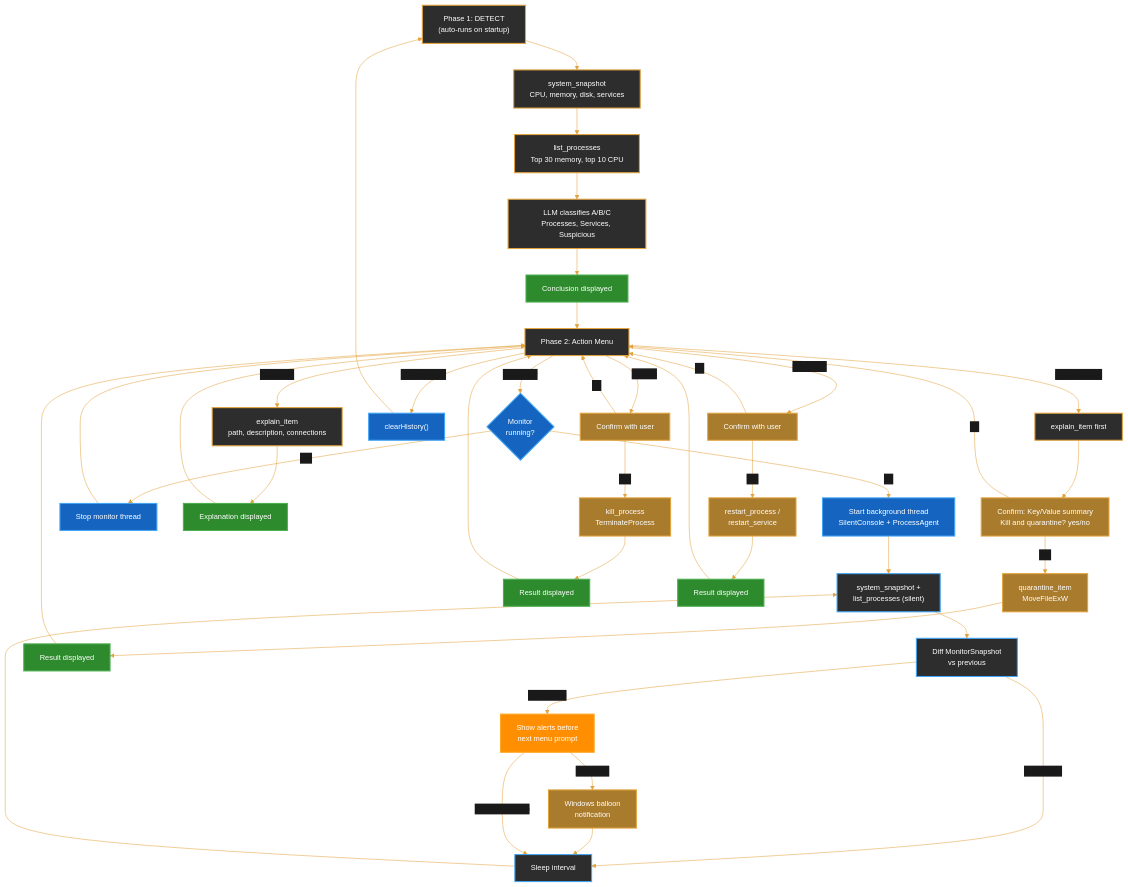
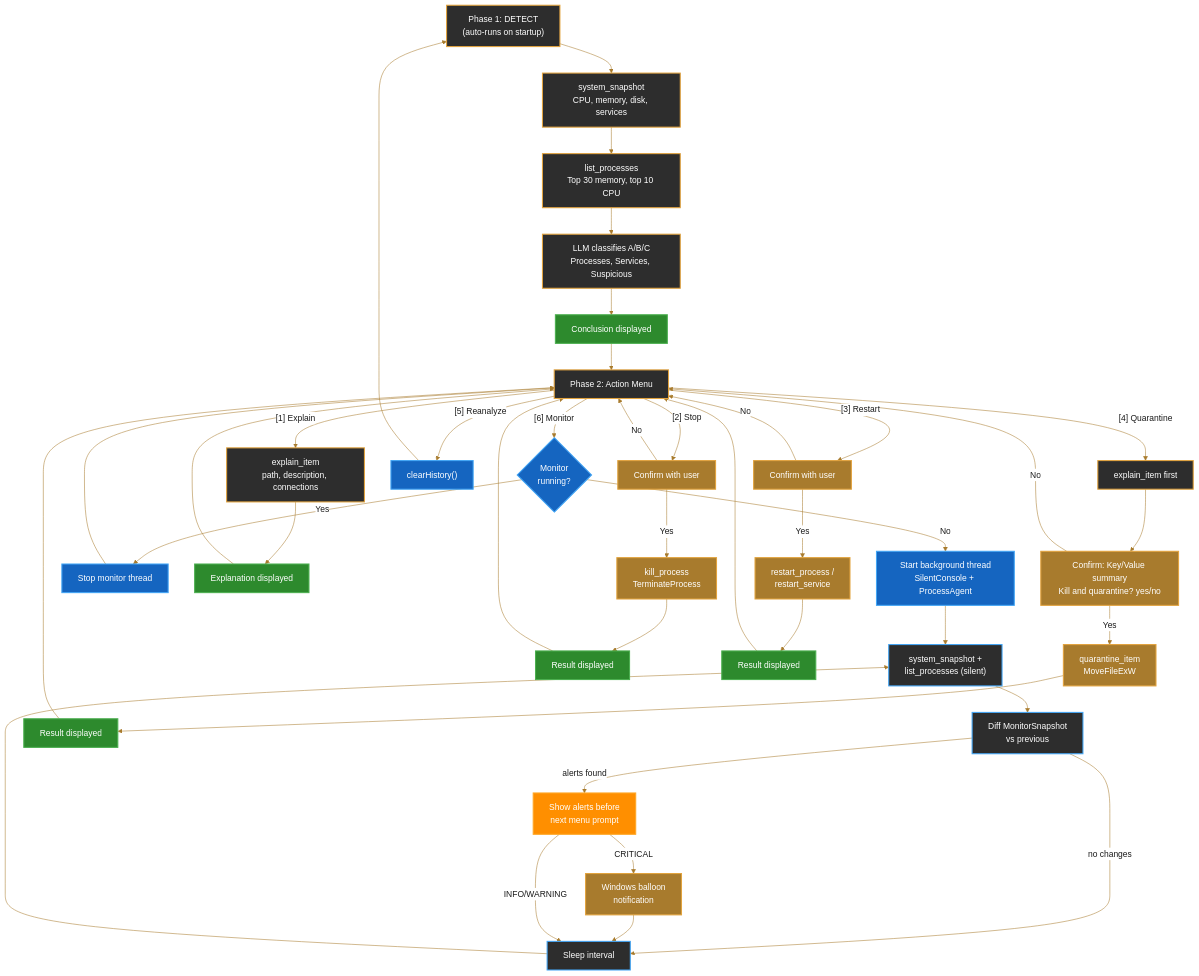
Before and after one commit to amd/gaia: the second of 2 diagrams in docs/cpp/process-agent.mdx, drawn with Mermaid. The commit also changed other lines of this file and 43 other files, not shown here.

First line of the commit message:
docs: documentation audit pass 1 — accuracy, dark-mode diagrams, persona review

````diff
--- a/docs/cpp/process-agent.mdx
+++ b/docs/cpp/process-agent.mdx
@@ -512,76 +512,76 @@
 ```mermaid
-%%{init: {'theme':'base', 'themeVariables': { 'primaryColor':'#E2A33E', 'fontSize':'14px', 'lineColor':'#E2A33E', 'primaryTextColor':'#1a1a1a', 'edgeLabelBackground':'#1a1a1a'}, 'flowchart': {'curve': 'basis'}}}%%
+%%{init: {'theme':'base', 'themeVariables': { 'primaryColor':'#E2A33E', 'primaryTextColor':'#1a1a1a', 'primaryBorderColor':'#A87B2D', 'lineColor':'#A87B2D', 'edgeLabelBackground':'#ffffff', 'fontFamily':'system-ui, -apple-system, sans-serif'}, 'flowchart': {'curve': 'basis'}}}%%
 flowchart TD
     START["Phase 1: DETECT<br/>(auto-runs on startup)"] --> SS["system_snapshot<br/>CPU, memory, disk, services"]
     SS --> LP["list_processes<br/>Top 30 memory, top 10 CPU"]
     LP --> CLASS["LLM classifies A/B/C<br/>Processes, Services, Suspicious"]
     CLASS --> CONC1["Conclusion displayed"]
     CONC1 --> MENU["Phase 2: Action Menu"]
 
     MENU -->|"[1] Explain"| EX["explain_item<br/>path, description, connections"]
     MENU -->|"[2] Stop"| CONF_S["Confirm with user"]
     MENU -->|"[3] Restart"| CONF_R["Confirm with user"]
     MENU -->|"[4] Quarantine"| EX_Q["explain_item first"]
     MENU -->|"[5] Reanalyze"| CLEAR["clearHistory()"]
-    MENU -->|"[6] Monitor"| MTOG{"Monitor\nrunning?"}
+    MENU -->|"[6] Monitor"| MTOG{"Monitor<br/>running?"}
     MTOG -->|No| MSTART["Start background thread<br/>SilentConsole + ProcessAgent"]
     MTOG -->|Yes| MSTOP["Stop monitor thread"]
     MSTART --> MSCAN["system_snapshot +<br/>list_processes (silent)"]
     MSCAN --> MDIFF["Diff MonitorSnapshot<br/>vs previous"]
     MDIFF -->|"alerts found"| MALERT["Show alerts before<br/>next menu prompt"]
     MDIFF -->|"no changes"| MWAIT["Sleep interval"]
     MALERT -->|"CRITICAL"| MBALLOON["Windows balloon<br/>notification"]
     MBALLOON --> MWAIT
     MALERT -->|"INFO/WARNING"| MWAIT
     MWAIT --> MSCAN
     MSTOP --> MENU
 
     EX --> ANS1["Explanation displayed"]
     ANS1 --> MENU
 
     CONF_S -->|Yes| KILL["kill_process<br/>TerminateProcess"]
     CONF_S -->|No| MENU
     KILL --> ANS2["Result displayed"]
     ANS2 --> MENU
 
     CONF_R -->|Yes| RESTART["restart_process /<br/>restart_service"]
     CONF_R -->|No| MENU
     RESTART --> ANS3["Result displayed"]
     ANS3 --> MENU
 
     EX_Q --> CONF_Q["Confirm: Key/Value summary<br/>Kill and quarantine? yes/no"]
     CONF_Q -->|Yes| QUAR["quarantine_item<br/>MoveFileExW"]
     CONF_Q -->|No| MENU
     QUAR --> ANS4["Result displayed"]
     ANS4 --> MENU
 
     CLEAR --> START
 
     style START fill:#2d2d2d,stroke:#E2A33E,stroke-width:2px,color:#fff
     style SS fill:#2d2d2d,stroke:#E2A33E,stroke-width:2px,color:#fff
     style LP fill:#2d2d2d,stroke:#E2A33E,stroke-width:2px,color:#fff
     style CLASS fill:#2d2d2d,stroke:#E2A33E,stroke-width:2px,color:#fff
     style CONC1 fill:#2d8a2d,stroke:#4CAF50,stroke-width:2px,color:#fff
     style MENU fill:#2d2d2d,stroke:#E2A33E,stroke-width:2px,color:#fff
     style EX fill:#2d2d2d,stroke:#E2A33E,stroke-width:2px,color:#fff
     style CONF_S fill:#A87B2D,stroke:#E2A33E,stroke-width:2px,color:#fff
     style CONF_R fill:#A87B2D,stroke:#E2A33E,stroke-width:2px,color:#fff
     style EX_Q fill:#2d2d2d,stroke:#E2A33E,stroke-width:2px,color:#fff
     style CONF_Q fill:#A87B2D,stroke:#E2A33E,stroke-width:2px,color:#fff
     style KILL fill:#A87B2D,stroke:#E2A33E,stroke-width:2px,color:#fff
     style RESTART fill:#A87B2D,stroke:#E2A33E,stroke-width:2px,color:#fff
     style QUAR fill:#A87B2D,stroke:#E2A33E,stroke-width:2px,color:#fff
     style CLEAR fill:#1565C0,stroke:#42A5F5,stroke-width:2px,color:#fff
     style MTOG fill:#1565C0,stroke:#42A5F5,stroke-width:2px,color:#fff
     style MSTART fill:#1565C0,stroke:#42A5F5,stroke-width:2px,color:#fff
     style MSTOP fill:#1565C0,stroke:#42A5F5,stroke-width:2px,color:#fff
     style MSCAN fill:#2d2d2d,stroke:#42A5F5,stroke-width:2px,color:#fff
     style MDIFF fill:#2d2d2d,stroke:#42A5F5,stroke-width:2px,color:#fff
     style MALERT fill:#FF8F00,stroke:#FFA726,stroke-width:2px,color:#fff
     style MBALLOON fill:#A87B2D,stroke:#E2A33E,stroke-width:2px,color:#fff
     style MWAIT fill:#2d2d2d,stroke:#42A5F5,stroke-width:2px,color:#fff
     style ANS1 fill:#2d8a2d,stroke:#4CAF50,stroke-width:2px,color:#fff
     style ANS2 fill:#2d8a2d,stroke:#4CAF50,stroke-width:2px,color:#fff
     style ANS3 fill:#2d8a2d,stroke:#4CAF50,stroke-width:2px,color:#fff
     style ANS4 fill:#2d8a2d,stroke:#4CAF50,stroke-width:2px,color:#fff
 ```
````
